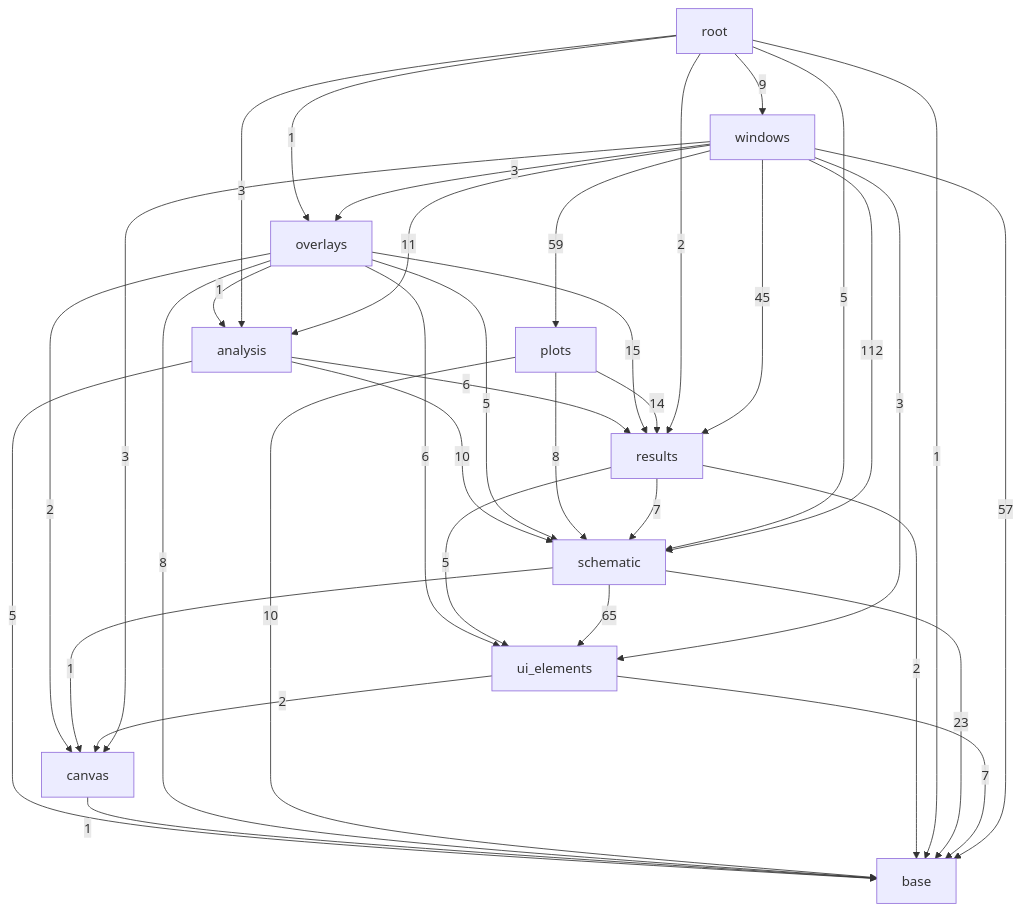
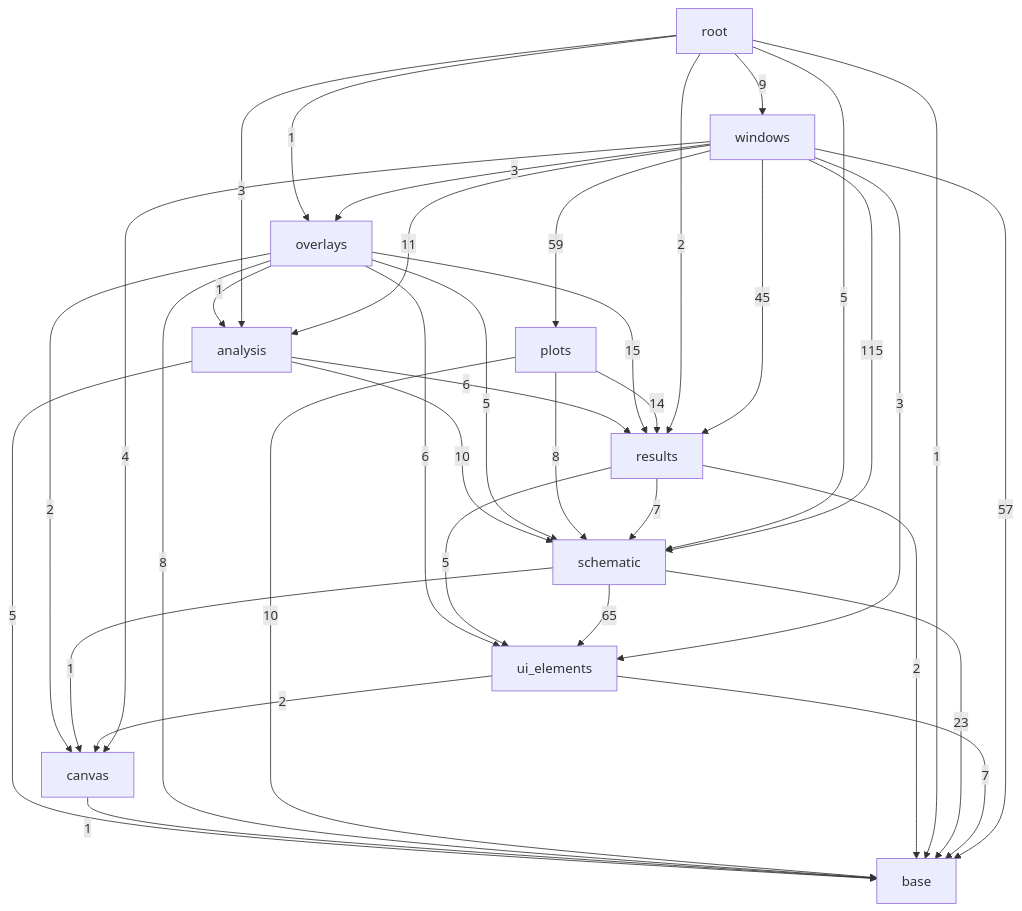
The third of 3 diagrams in docs/architecture.md (ronnymilleo/imcsim), drawn with Mermaid before and after one commit.

Commit message:
Update the include diagram for the shortcut table

````diff
--- a/docs/architecture.md
+++ b/docs/architecture.md
@@ -56,48 +56,48 @@
 ```mermaid
 flowchart TD
     app_gui_base[base]
     app_gui_canvas[canvas]
     app_gui_ui_elements[ui_elements]
     app_gui_schematic[schematic]
     app_gui_results[results]
     app_gui_analysis[analysis]
     app_gui_plots[plots]
     app_gui_overlays[overlays]
     app_gui_windows[windows]
     app_gui_root[root]
     app_gui_analysis -->|5| app_gui_base
     app_gui_analysis -->|6| app_gui_results
     app_gui_analysis -->|10| app_gui_schematic
     app_gui_canvas -->|1| app_gui_base
     app_gui_overlays -->|1| app_gui_analysis
     app_gui_overlays -->|8| app_gui_base
     app_gui_overlays -->|2| app_gui_canvas
     app_gui_overlays -->|15| app_gui_results
     app_gui_overlays -->|5| app_gui_schematic
     app_gui_overlays -->|6| app_gui_ui_elements
     app_gui_plots -->|10| app_gui_base
     app_gui_plots -->|14| app_gui_results
     app_gui_plots -->|8| app_gui_schematic
     app_gui_results -->|2| app_gui_base
     app_gui_results -->|7| app_gui_schematic
     app_gui_results -->|5| app_gui_ui_elements
     app_gui_root -->|3| app_gui_analysis
     app_gui_root -->|1| app_gui_base
     app_gui_root -->|1| app_gui_overlays
     app_gui_root -->|2| app_gui_results
     app_gui_root -->|5| app_gui_schematic
     app_gui_root -->|9| app_gui_windows
     app_gui_schematic -->|23| app_gui_base
     app_gui_schematic -->|1| app_gui_canvas
     app_gui_schematic -->|65| app_gui_ui_elements
     app_gui_ui_elements -->|7| app_gui_base
     app_gui_ui_elements -->|2| app_gui_canvas
     app_gui_windows -->|11| app_gui_analysis
     app_gui_windows -->|57| app_gui_base
-    app_gui_windows -->|3| app_gui_canvas
+    app_gui_windows -->|4| app_gui_canvas
     app_gui_windows -->|3| app_gui_overlays
     app_gui_windows -->|59| app_gui_plots
     app_gui_windows -->|45| app_gui_results
-    app_gui_windows -->|112| app_gui_schematic
+    app_gui_windows -->|115| app_gui_schematic
     app_gui_windows -->|3| app_gui_ui_elements
 ```
````
